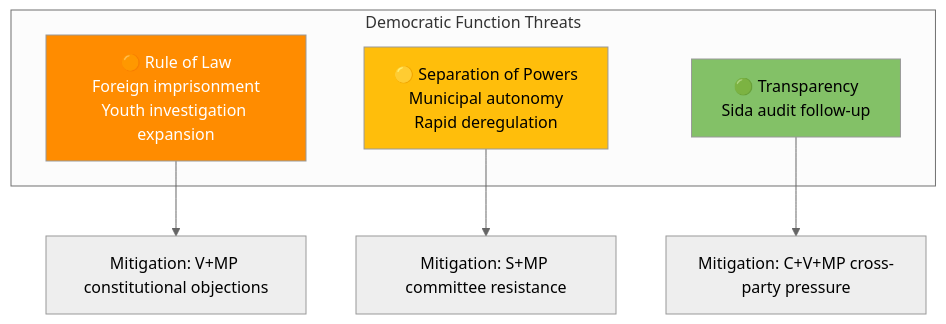
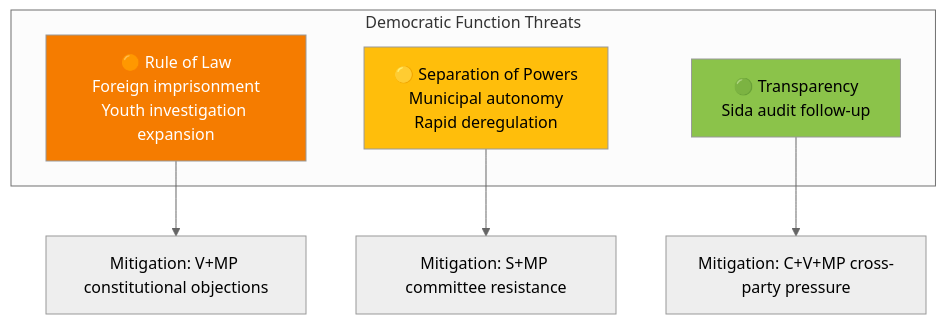
The diagram in analysis/daily/2026-04-13/motions/threat-analysis.md (Hack23/riksdagsmonitor), drawn with Mermaid (neutral theme) before and after one commit. The commit also changed 785 other files, not shown here.

First line of the commit message:
Normalize mermaid colors across 786 analysis artifacts to ISMS Style Guide palette

````diff
--- a/analysis/daily/2026-04-13/motions/threat-analysis.md
+++ b/analysis/daily/2026-04-13/motions/threat-analysis.md
@@ -35,14 +35,14 @@
 ```mermaid
 graph TB
     subgraph "Democratic Function Threats"
         T1["🟠 Rule of Law<br>Foreign imprisonment<br>Youth investigation expansion"] 
         T2["🟡 Separation of Powers<br>Municipal autonomy<br>Rapid deregulation"] 
         T3["🟢 Transparency<br>Sida audit follow-up"] 
     end
     T1 --> M1["Mitigation: V+MP constitutional objections"]
     T2 --> M2["Mitigation: S+MP committee resistance"]
     T3 --> M3["Mitigation: C+V+MP cross-party pressure"]
-    style T1 fill:#ff8c00,color:#fff
-    style T2 fill:#ffbe0b,color:#000
-    style T3 fill:#83c167,color:#000
+    style T1 fill:#F57C00,color:#FFFFFF
+    style T2 fill:#ffbe0b,color:#000000
+    style T3 fill:#8BC34A,color:#000000
 ```
````
